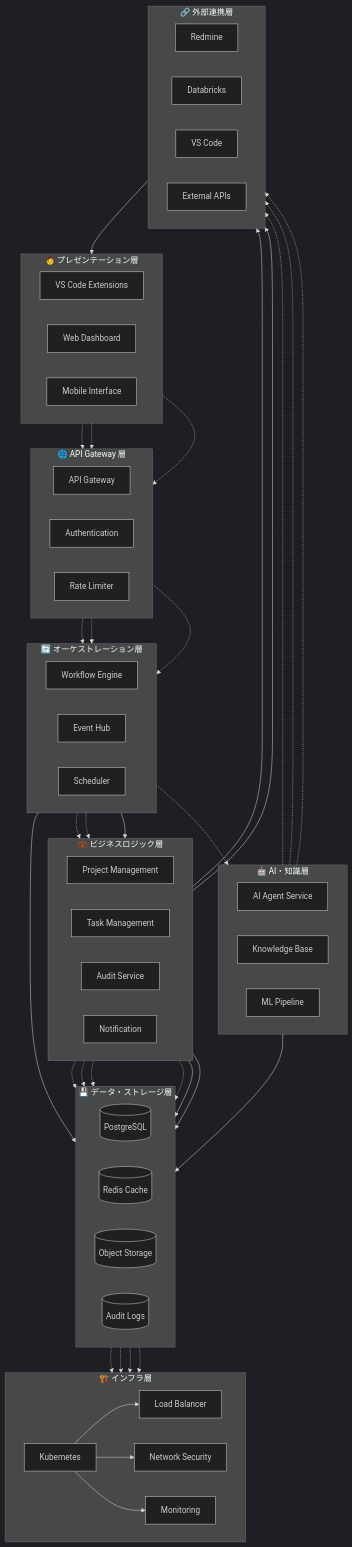
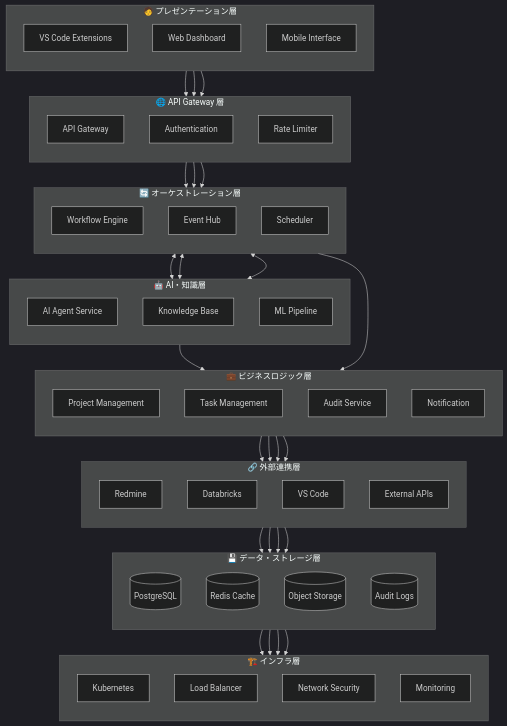
Before and after one commit to daichiTAAA/AgentOpsPlatform: the first of 23 diagrams in docs/030000_設計/033000_アーキテクチャ/033010_全体構成.md, drawn with Mermaid (dark theme). The commit also changed other lines of this file, not shown here.

Commit message:
設計書を作成した

````diff
--- a/docs/030000_設計/033000_アーキテクチャ/033010_全体構成.md
+++ b/docs/030000_設計/033000_アーキテクチャ/033010_全体構成.md
@@ -30,32 +30,31 @@
 ```mermaid
 graph TD
-    %% ユーザーインターフェース層
+    %% プレゼンテーション層
     subgraph "🧑 プレゼンテーション層"
-        direction LR
+        direction TB
         UI[VS Code Extensions]
         WEB[Web Dashboard] 
         MOB[Mobile Interface]
     end
     
-    %% API ゲートウェイ層
+    %% API Gateway層
     subgraph "🌐 API Gateway 層"
-        direction LR
+        direction TB
         AG[API Gateway]
         AUTH[Authentication]
         RATE[Rate Limiter]
     end
     
-    %% オーケストレーション層
+    %% オーケストレーション層とAI・知識層を横並びに配置
     subgraph "🔄 オーケストレーション層"
-        direction LR
+        direction TB
         WF[Workflow Engine]
         EVENT[Event Hub]
         SCHED[Scheduler]
     end
     
-    %% AI・知識層
     subgraph "🤖 AI・知識層"
-        direction LR
+        direction TB
         AI[AI Agent Service]
         KB[Knowledge Base]
         ML[ML Pipeline]
@@ -63,7 +62,7 @@
     
     %% ビジネスロジック層
     subgraph "💼 ビジネスロジック層"
-        direction LR
+        direction TB
         PROJ[Project Management]
         TASK[Task Management]
         AUDIT[Audit Service]
@@ -72,7 +71,7 @@
     
     %% 外部連携層
     subgraph "🔗 外部連携層"
-        direction LR
+        direction TB
         REDMINE[Redmine]
         DATABRICKS[Databricks]
         VSCODE[VS Code]
@@ -81,7 +80,7 @@
     
     %% データ・ストレージ層
     subgraph "💾 データ・ストレージ層"
-        direction LR
+        direction TB
         PGSQL[(PostgreSQL)]
         REDIS[(Redis Cache)]
         S3[(Object Storage)]
@@ -90,52 +89,43 @@
     
     %% インフラ層
     subgraph "🏗️ インフラ層"
-        direction LR
+        direction TB
         K8S[Kubernetes]
         LB[Load Balancer]
         NET[Network Security]
         MON[Monitoring]
     end
     
-    %% 接続関係（上から下への流れ）
-    UI -.-> AG
-    WEB -.-> AG
-    MOB -.-> AG
+    %% 縦の流れの接続
+    UI --> AG
+    WEB --> AG
+    MOB --> AG
     
-    AG -.-> WF
-    AUTH -.-> WF
-    RATE -.-> WF
+    AG --> WF
+    AUTH --> WF
+    RATE --> WF
     
-    WF -.-> AI
-    EVENT -.-> PROJ
-    SCHED -.-> TASK
+    %% 横並びの層間の接続
+    WF <--> AI
+    EVENT <--> KB
+    SCHED <--> ML
     
-    AI -.-> REDMINE
-    KB -.-> DATABRICKS
-    ML -.-> VSCODE
-    
-    PROJ -.-> PGSQL
-    TASK -.-> REDIS
-    AUDIT -.-> LOGS
-    NOTIF -.-> S3
-    
-    PGSQL -.-> K8S
-    REDIS -.-> LB
-    S3 -.-> NET
-    LOGS -.-> MON
+    %% 下の層への接続
+    WF --> PROJ
+    AI --> TASK
     
     PROJ --> REDMINE
-    TASK --> REDMINE
-    AUDIT --> LOGS
+    TASK --> DATABRICKS
+    AUDIT --> VSCODE
+    NOTIF --> EXT
     
-    EVENT --> NOTIF
-    VSCODE --> UI
+    REDMINE --> PGSQL
+    DATABRICKS --> REDIS
+    VSCODE --> S3
+    EXT --> LOGS
     
-    WF --> PGSQL
-    AI --> REDIS
-    AUDIT --> S3
-    
-    K8S --> LB
-    K8S --> NET
-    K8S --> MON
+    PGSQL --> K8S
+    REDIS --> LB
+    S3 --> NET
+    LOGS --> MON
 ```
````
